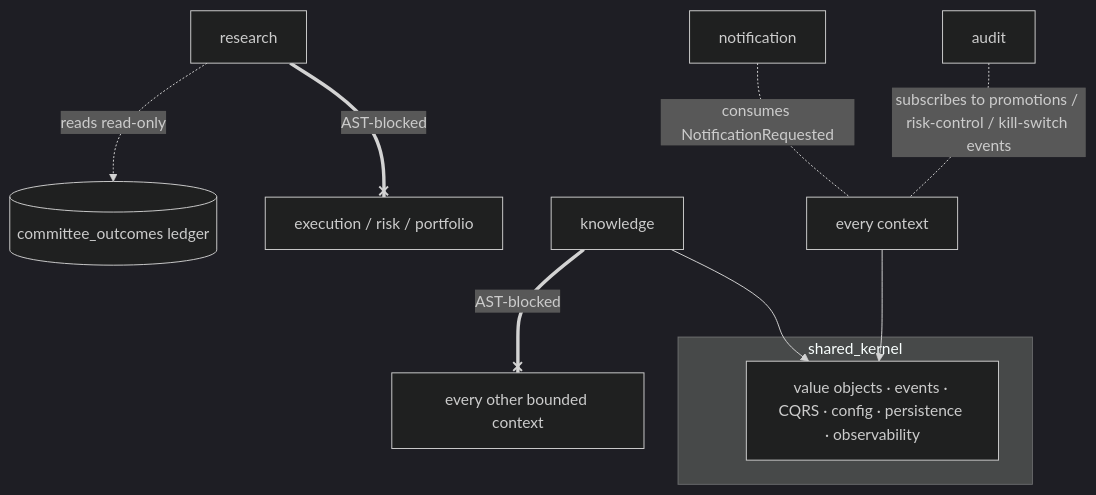
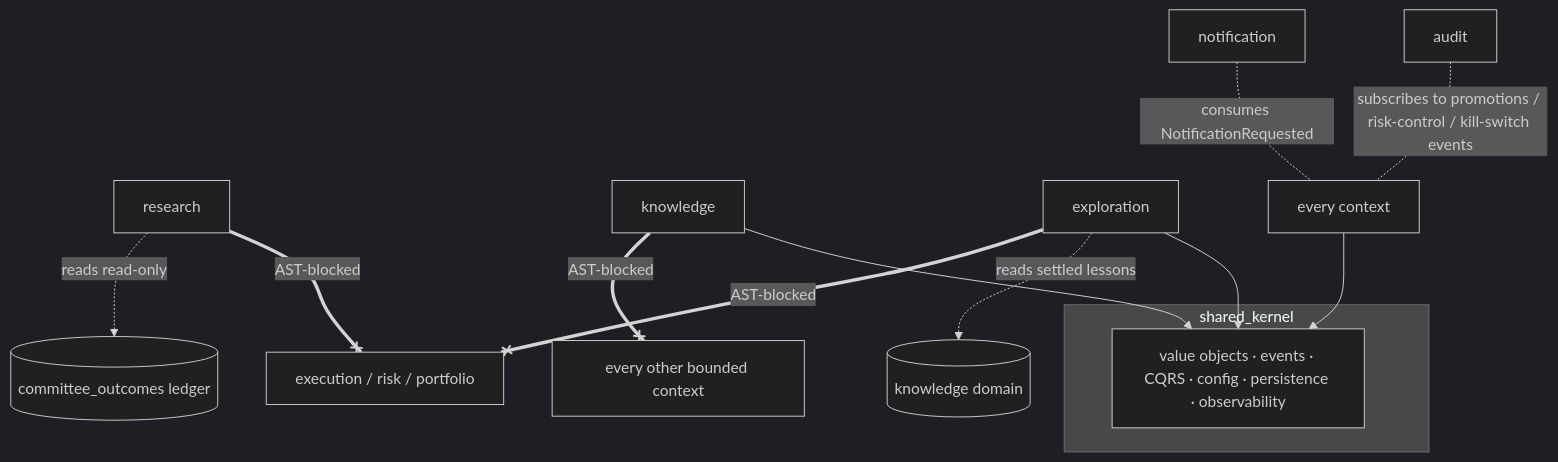
The third of 3 diagrams in docs/architecture.md (jlin80/Hades), drawn with Mermaid (dark theme) before and after one commit. The commit also changed other lines of this file and 38 other files, not shown here.

````diff
--- a/docs/architecture.md
+++ b/docs/architecture.md
@@ -165,16 +226,20 @@
 ```mermaid
 flowchart TD
     subgraph SharedKernel[shared_kernel]
         SK[value objects · events · CQRS · config · persistence · observability]
     end
 
     RES[research] -. reads read-only .-> LEDGER[(committee_outcomes ledger)]
     RES == AST-blocked ==x EXEC[execution / risk / portfolio]
 
     KN[knowledge] == AST-blocked ==x ANY[every other bounded context]
     KN --> SK
 
+    XP[exploration] == AST-blocked ==x EXEC
+    XP -. reads settled lessons .-> KNDOM[(knowledge domain)]
+    XP --> SK
+
     ALL[every context] --> SK
     NOTIF[notification] -. consumes NotificationRequested .- ALL
     AUDIT[audit] -. subscribes to promotions / risk-control / kill-switch events .- ALL
 ```
````
